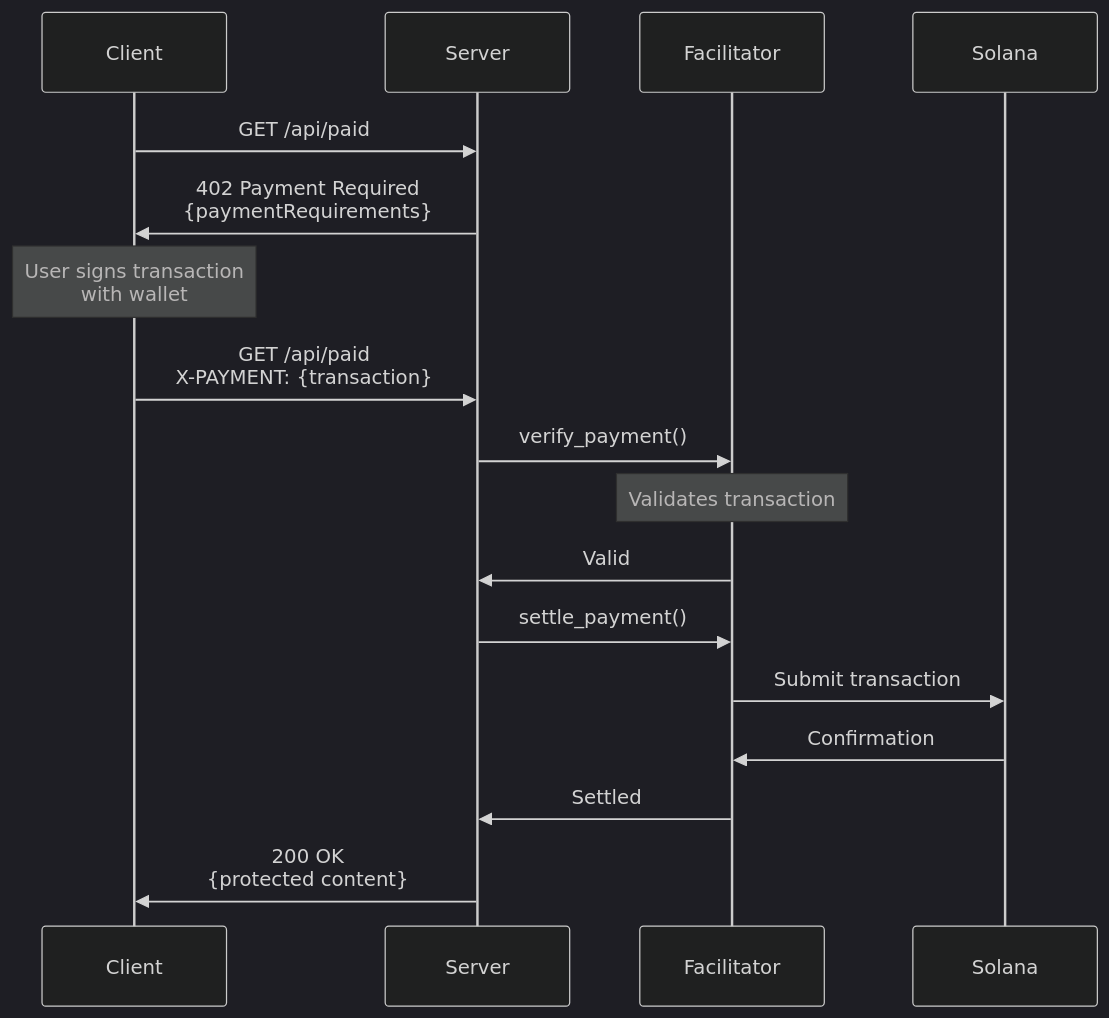
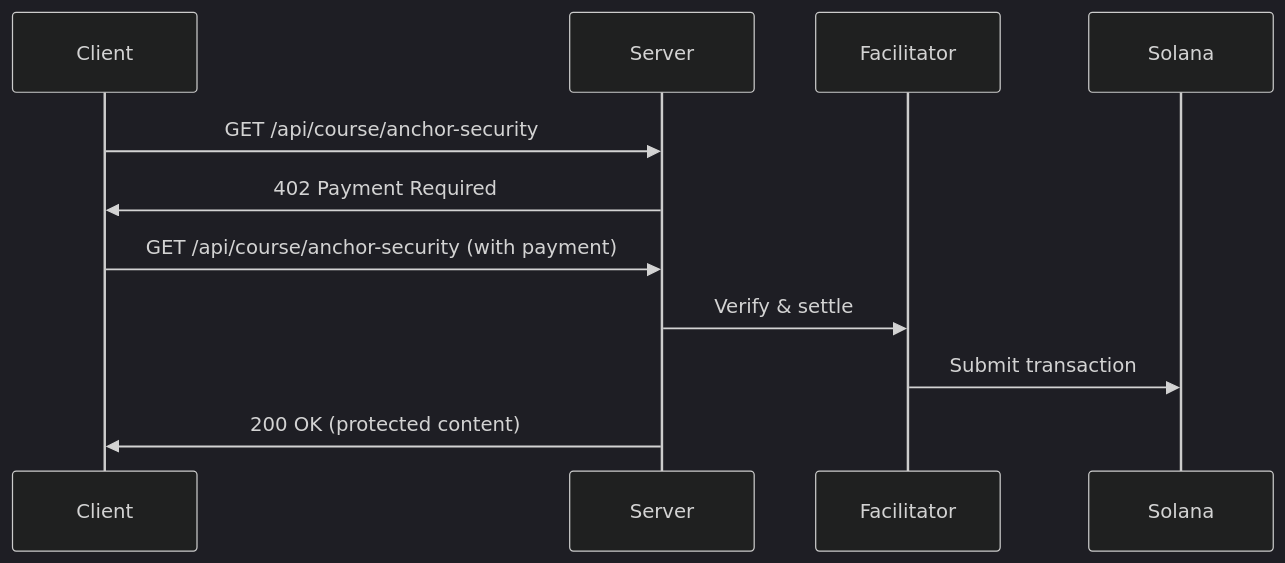
One commit to snufflesrea/solana-content-pay changed the diagram in README.md. Above: the diagram before and after it, drawn with Mermaid (dark theme). The commit also changed other lines of this file and 40 other files, not shown here.

````diff
--- a/README.md
+++ b/README.md
@@ -20,22 +15,14 @@
 ```mermaid
 sequenceDiagram
     participant Client
     participant Server
     participant Facilitator
     participant Solana
 
-    Client->>Server: GET /api/paid
-    Server->>Client: 402 Payment Required<br/>{paymentRequirements}
-
-    Note over Client: User signs transaction<br/>with wallet
-
-    Client->>Server: GET /api/paid<br/>X-PAYMENT: {transaction}
-    Server->>Facilitator: verify_payment()
-    Note over Facilitator: Validates transaction
-    Facilitator->>Server: Valid
-    Server->>Facilitator: settle_payment()
+    Client->>Server: GET /api/course/anchor-security
+    Server->>Client: 402 Payment Required
+    Client->>Server: GET /api/course/anchor-security (with payment)
+    Server->>Facilitator: Verify & settle
     Facilitator->>Solana: Submit transaction
-    Solana->>Facilitator: Confirmation
-    Facilitator->>Server: Settled
-    Server->>Client: 200 OK<br/>{protected content}
+    Server->>Client: 200 OK (protected content)
 ```
````
